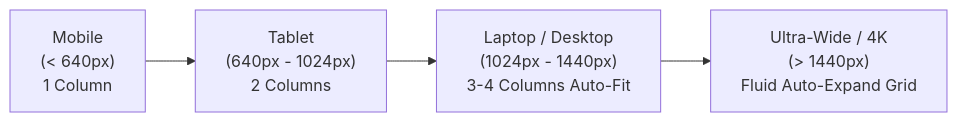
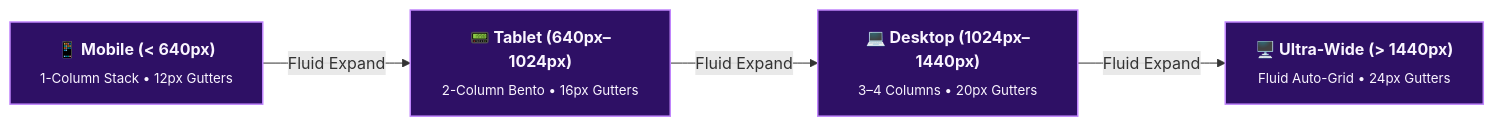
One commit to rmsofficialsyt/Agentic-AI-Vibe-Coding-AND-SDD-TDD-Codebase-Chandan-Adhikary changed the diagram in Vibe-Coding-Chandan-Adhikary/Vibe-Coding/docs/design.md. Above: the diagram before and after it, drawn with Mermaid. The commit also changed other lines of this file and 14 other files, not shown here.

Commit message:
docs: standardize diagram card sizes, layouts, and UI sizing scale across frameworks

````diff
--- a/Vibe-Coding-Chandan-Adhikary/Vibe-Coding/docs/design.md
+++ b/Vibe-Coding-Chandan-Adhikary/Vibe-Coding/docs/design.md
@@ -39,6 +55,13 @@
 ```mermaid
 flowchart LR
-    Mobile["Mobile<br/>(< 640px)<br/>1 Column"] --> Tablet["Tablet<br/>(640px - 1024px)<br/>2 Columns"]
-    Tablet --> Laptop["Laptop / Desktop<br/>(1024px - 1440px)<br/>3-4 Columns Auto-Fit"]
-    Laptop --> Ultrawide["Ultra-Wide / 4K<br/>(> 1440px)<br/>Fluid Auto-Expand Grid"]
+    classDef bp fill:#2e1065,stroke:#c084fc,stroke-width:1.5px,color:#faf5ff;
+
+    Mobile["<b>📱 Mobile (&lt; 640px)</b><br/><sub>1-Column Stack • 12px Gutters</sub>"]:::bp
+    Tablet["<b>📟 Tablet (640px–1024px)</b><br/><sub>2-Column Bento • 16px Gutters</sub>"]:::bp
+    Desktop["<b>💻 Desktop (1024px–1440px)</b><br/><sub>3–4 Columns • 20px Gutters</sub>"]:::bp
+    Ultrawide["<b>🖥️ Ultra-Wide (&gt; 1440px)</b><br/><sub>Fluid Auto-Grid • 24px Gutters</sub>"]:::bp
+
+    Mobile -->|"Fluid Expand"| Tablet
+    Tablet -->|"Fluid Expand"| Desktop
+    Desktop -->|"Fluid Expand"| Ultrawide
 ```
````
